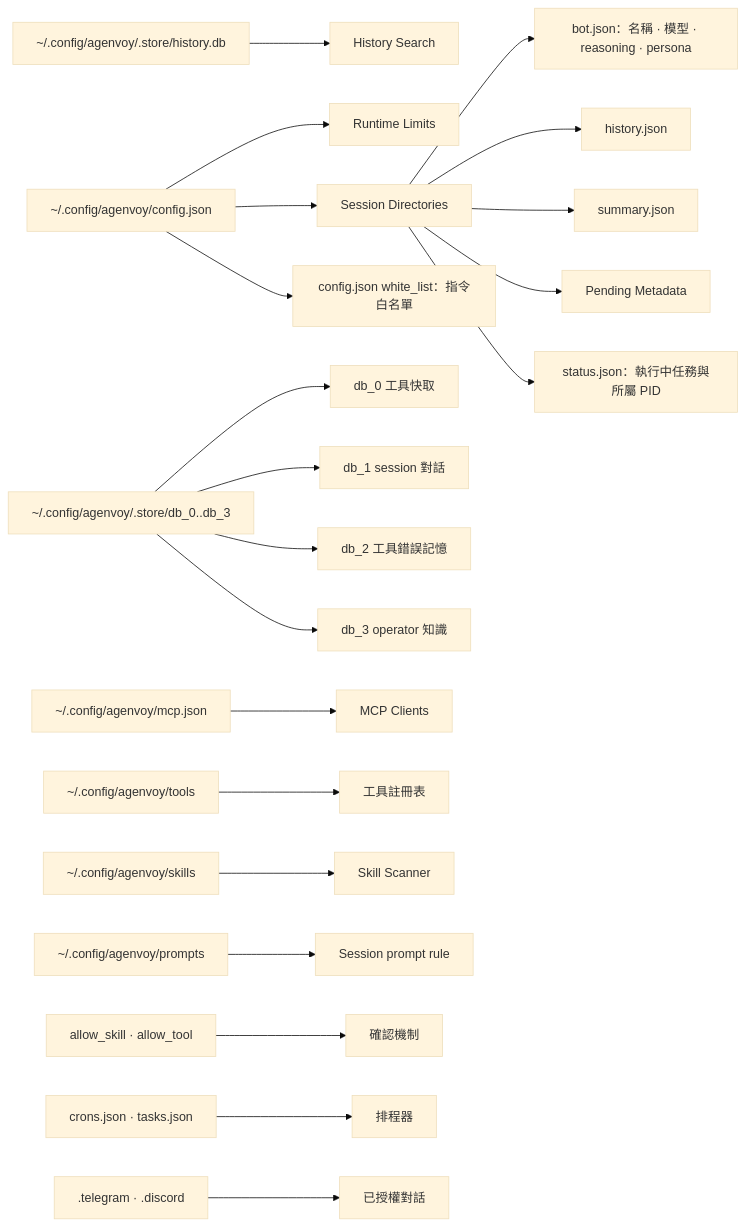
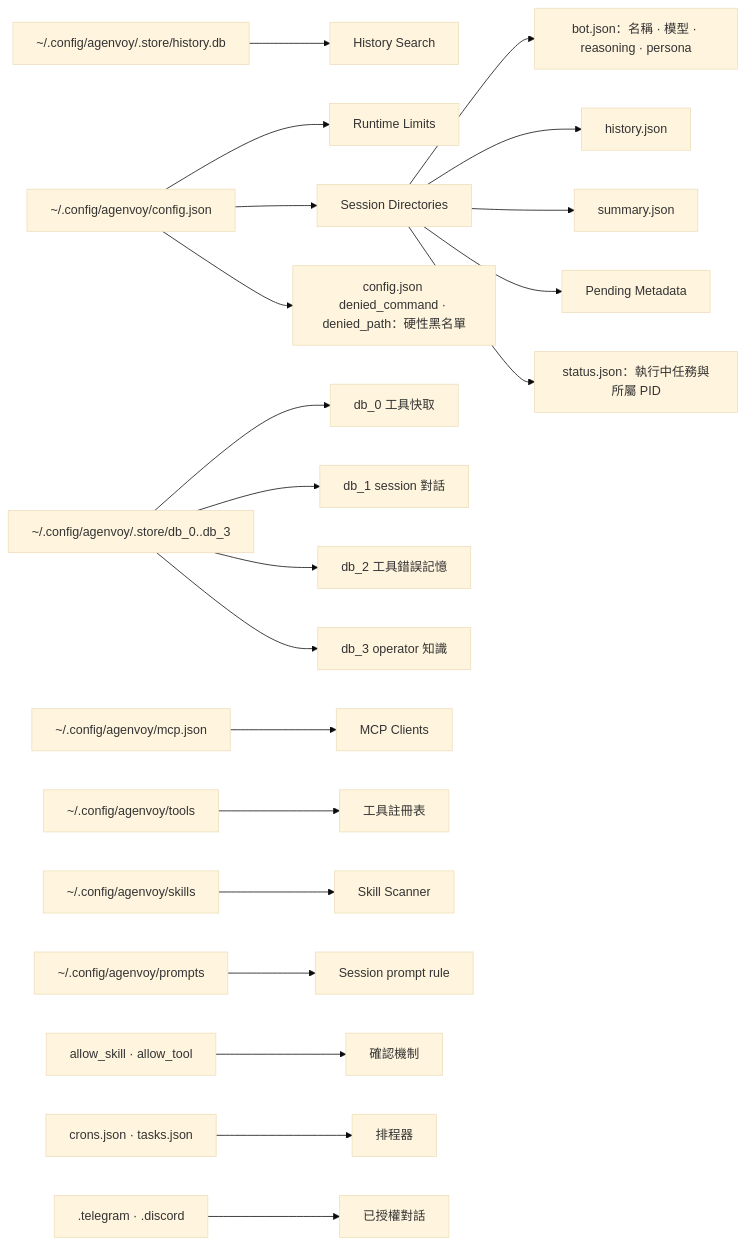
One commit to agenvoy/Agenvoy changed diagram 12 of 12 in doc/architecture.zh.md. Above: the diagram before and after it, drawn with Mermaid (base theme). The commit also changed other lines of this file and 7 other files, not shown here.

````diff
--- a/doc/architecture.zh.md
+++ b/doc/architecture.zh.md
@@ -274,23 +279,23 @@
 ```mermaid
 flowchart LR
     Config[~/.config/agenvoy/config.json] --> Limits[Runtime Limits]
     Config --> Sessions[Session Directories]
     Sessions --> Bot[bot.json：名稱 · 模型 · reasoning · persona]
     Sessions --> History[history.json]
     Sessions --> Summary[summary.json]
     Sessions --> Pending[Pending Metadata]
     Sessions --> Status[status.json：執行中任務與所屬 PID]
     SQLite[~/.config/agenvoy/.store/history.db] --> Search[History Search]
     Torii[~/.config/agenvoy/.store/db_0..db_3] --> ToolCache[db_0 工具快取]
     Torii --> SessionHist[db_1 session 對話]
     Torii --> ErrorMemory[db_2 工具錯誤記憶]
     Torii --> Knowledge[db_3 operator 知識]
     MCP[~/.config/agenvoy/mcp.json] --> MCPClients[MCP Clients]
     Tools[~/.config/agenvoy/tools] --> Registry[工具註冊表]
     Skills[~/.config/agenvoy/skills] --> Scanner[Skill Scanner]
     Prompts[~/.config/agenvoy/prompts] --> Rules[Session prompt rule]
     Allow[allow_skill · allow_tool] --> Gate[確認機制]
-    Config --> CmdAllow[config.json white_list：指令白名單]
+    Config --> CmdDeny[config.json denied_command · denied_path：硬性黑名單]
     Schedule[crons.json · tasks.json] --> Scheduler[排程器]
     Auth[.telegram · .discord] --> Channels[已授權對話]
 ```
````
